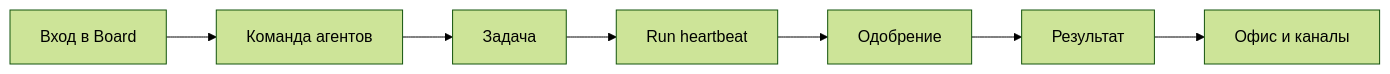
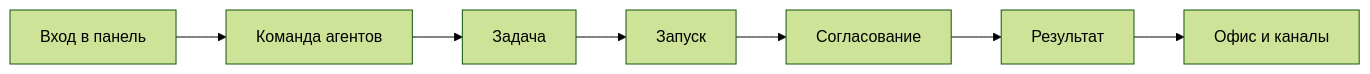
Before and after one commit to Dmitriion/datagent-docs: the diagram in docs/guides/index.mdx, drawn with Mermaid (forest theme). The commit also changed other lines of this file and 52 other files, not shown here.

````diff
--- a/docs/guides/index.mdx
+++ b/docs/guides/index.mdx
@@ -67,9 +67,9 @@
 ```mermaid
 flowchart LR
-  A[Вход в Board] --> B[Команда агентов]
+  A[Вход в панель] --> B[Команда агентов]
   B --> C[Задача]
-  C --> D[Run heartbeat]
-  D --> E[Одобрение]
+  C --> D[Запуск]
+  D --> E[Согласование]
   E --> F[Результат]
   F --> G[Офис и каналы]
 ```
````
